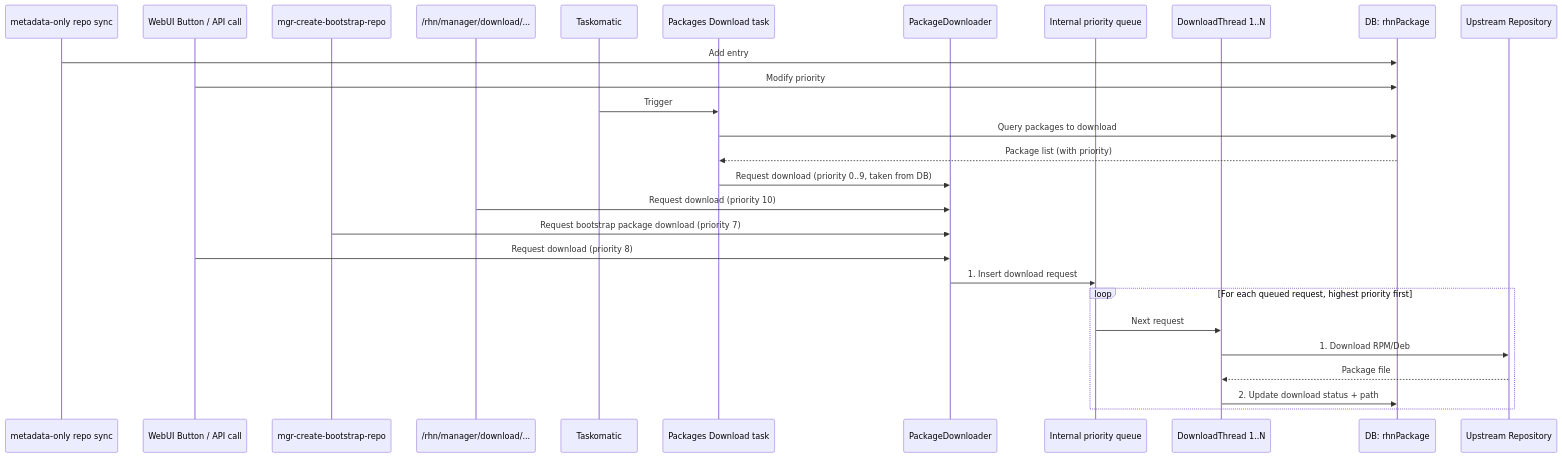
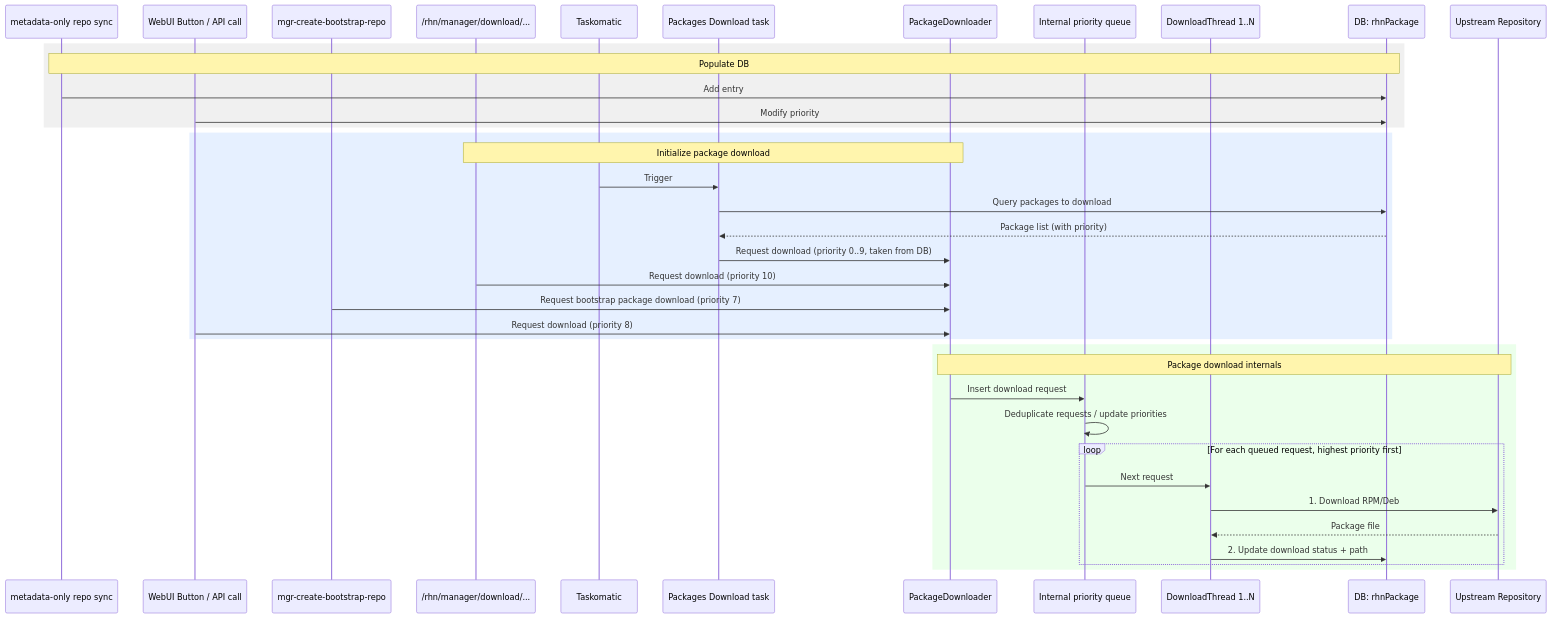
Before and after one commit to agraul/uyuni: the second of 2 diagrams in diagrams2.md, drawn with Mermaid. The commit also changed 1 other file, not shown here.

Commit message:
update diagrams

````diff
--- a/diagrams2.md
+++ b/diagrams2.md
@@ -47,35 +47,43 @@
 ```mermaid
 sequenceDiagram
     participant Reposync as metadata-only repo sync
     participant WebUI as WebUI Button / API call
     participant Bootstrap as mgr-create-bootstrap-repo
     participant Endpoint as /rhn/manager/download/...
     participant Taskomatic
     participant Task as Packages Download task
     participant Downloader as PackageDownloader
     participant Queue as Internal priority queue
     participant Thread as DownloadThread 1..N
     participant DB as DB: rhnPackage
     participant Upstream as Upstream Repository
 
+    rect rgb(240, 240, 240)
+    Note over Reposync,DB: Populate DB
     Reposync->>DB: Add entry
     WebUI->>DB: Modify priority
+    end
 
+    rect rgb(230, 240, 255)
+    Note over Endpoint,Downloader: Initialize package download
     Taskomatic->>Task: Trigger
     Task->>DB: Query packages to download
     DB-->>Task: Package list (with priority)
     Task->>Downloader: Request download (priority 0..9, taken from DB)
-
     Endpoint->>Downloader: Request download (priority 10)
     Bootstrap->>Downloader: Request bootstrap package download (priority 7)
     WebUI->>Downloader: Request download (priority 8)
+    end
 
-    Downloader->>Queue: 1. Insert download request
-
+    rect rgb(235, 255, 235)
+    Note over Downloader,Upstream: Package download internals
+    Downloader->>Queue: Insert download request
+    Queue->>Queue: Deduplicate requests / update priorities
     loop For each queued request, highest priority first
         Queue->>Thread: Next request
         Thread->>Upstream: 1. Download RPM/Deb
         Upstream-->>Thread: Package file
         Thread->>DB: 2. Update download status + path
     end
+    end
 ```
````
